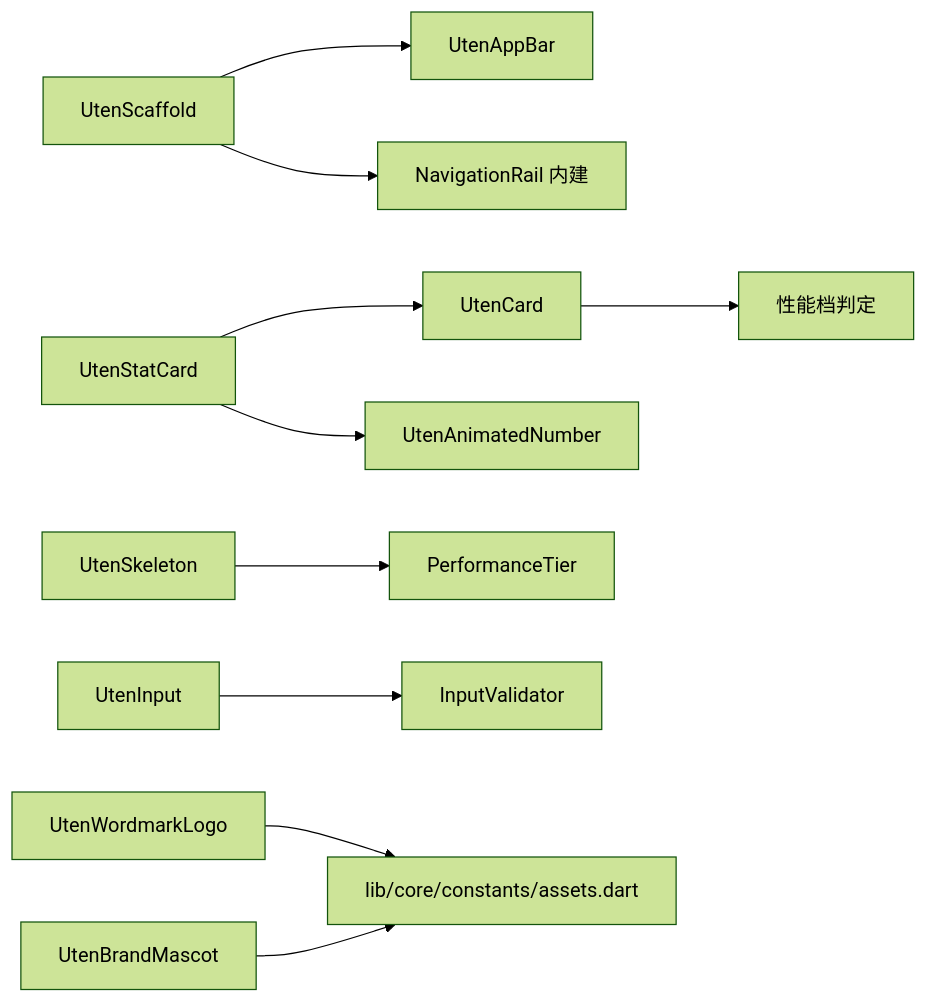
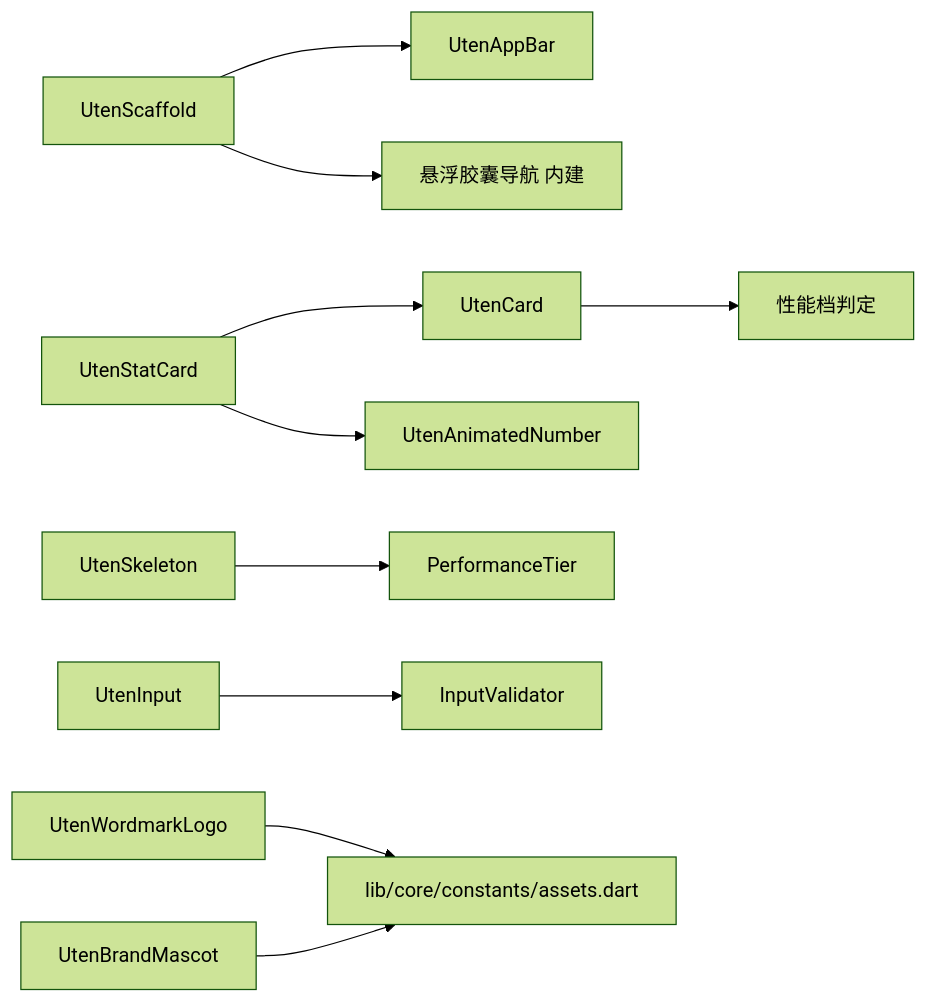
One commit to BruceChu0424/utenelec_imp changed the diagram in docs/02-组件库/组件总览.md. Above: the diagram before and after it, drawn with Mermaid (forest theme). The commit also changed 259 other files, not shown here.

````diff
--- a/docs/02-组件库/组件总览.md
+++ b/docs/02-组件库/组件总览.md
@@ -175,13 +175,13 @@
 ```mermaid
 graph LR
     UtenScaffold --> UtenAppBar
-    UtenScaffold --> UtenNavRail[NavigationRail 内建]
+    UtenScaffold --> FloatingCapsuleNavBar[悬浮胶囊导航 内建]
     UtenStatCard --> UtenCard
     UtenStatCard --> UtenAnimatedNumber
     UtenCard --> BackdropFilter[性能档判定]
     UtenSkeleton --> PerformanceTier
     UtenInput --> InputValidator
 
     UtenWordmarkLogo --> UtenAssets[lib/core/constants/assets.dart]
     UtenBrandMascot --> UtenAssets
 ```
````
